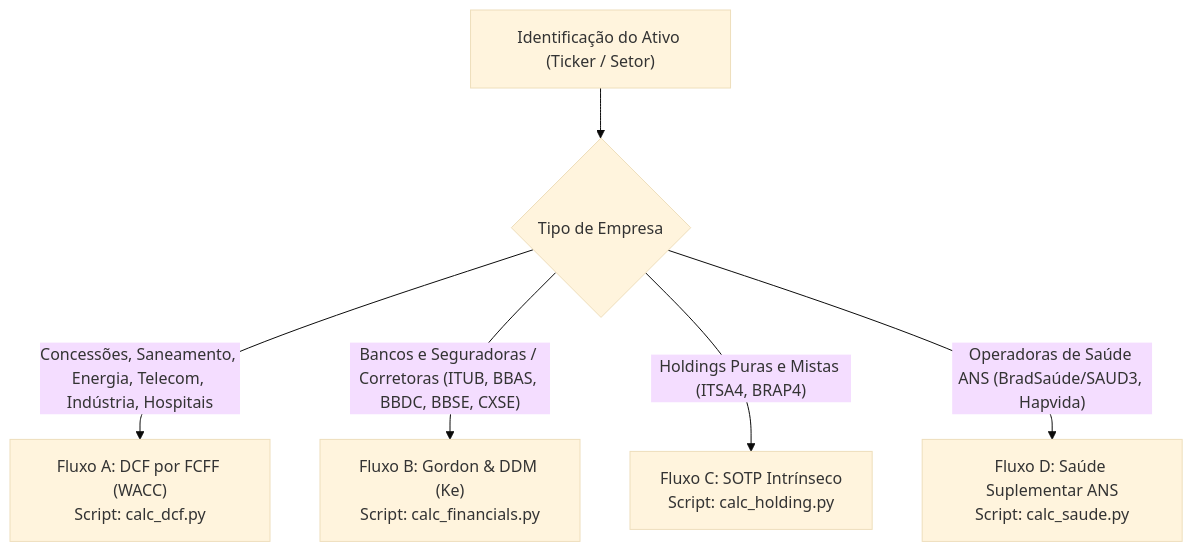
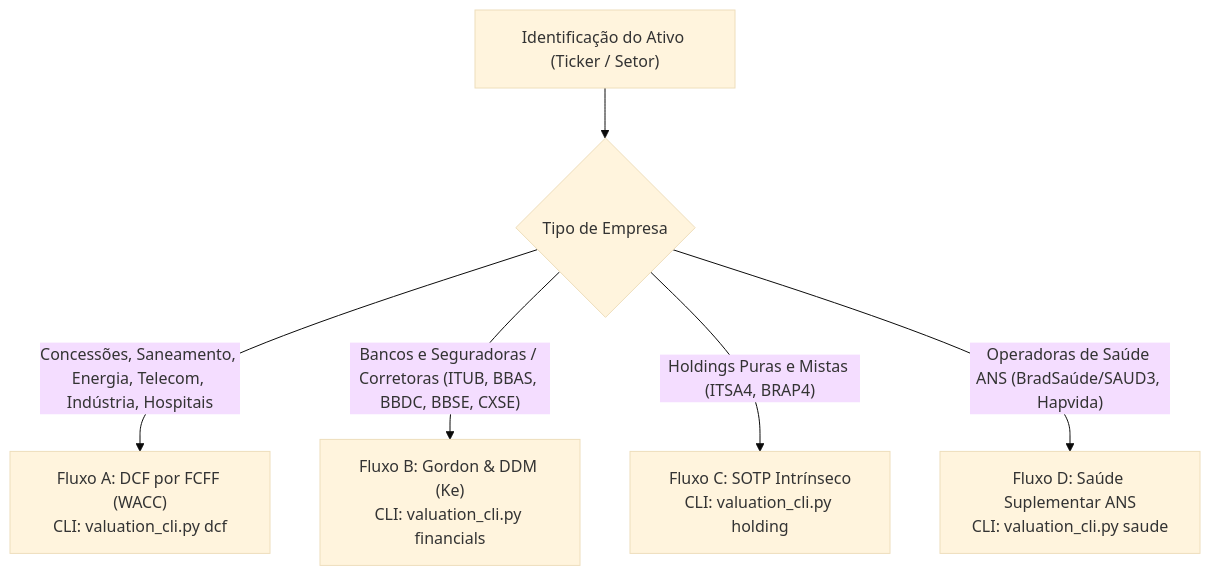
The diagram in .agents/skills/dcf-valuation/SKILL.md (gabrielclcardoso/valuation_app), drawn with Mermaid (base theme) before and after one commit. The commit also changed other lines of this file and 6 other files, not shown here.

Commit message:
refactor: remover scripts legados e unificar chamadas exclusivamente no valuation_cli.py

````diff
--- a/.agents/skills/dcf-valuation/SKILL.md
+++ b/.agents/skills/dcf-valuation/SKILL.md
@@ -16,9 +16,9 @@
 ```mermaid
 flowchart TD
     Inicio["Identificação do Ativo (Ticker / Setor)"] --> Roteador{"Tipo de Empresa"}
     
-    Roteador -->|"Concessões, Saneamento, Energia, Telecom, Indústria, Hospitais"| FluxoA["Fluxo A: DCF por FCFF (WACC)<br/>Script: calc_dcf.py"]
-    Roteador -->|"Bancos e Seguradoras / Corretoras (ITUB, BBAS, BBDC, BBSE, CXSE)"| FluxoB["Fluxo B: Gordon & DDM (Ke)<br/>Script: calc_financials.py"]
-    Roteador -->|"Holdings Puras e Mistas (ITSA4, BRAP4)"| FluxoC["Fluxo C: SOTP Intrínseco<br/>Script: calc_holding.py"]
-    Roteador -->|"Operadoras de Saúde ANS (BradSaúde/SAUD3, Hapvida)"| FluxoD["Fluxo D: Saúde Suplementar ANS<br/>Script: calc_saude.py"]
+    Roteador -->|"Concessões, Saneamento, Energia, Telecom, Indústria, Hospitais"| FluxoA["Fluxo A: DCF por FCFF (WACC)<br/>CLI: valuation_cli.py dcf"]
+    Roteador -->|"Bancos e Seguradoras / Corretoras (ITUB, BBAS, BBDC, BBSE, CXSE)"| FluxoB["Fluxo B: Gordon & DDM (Ke)<br/>CLI: valuation_cli.py financials"]
+    Roteador -->|"Holdings Puras e Mistas (ITSA4, BRAP4)"| FluxoC["Fluxo C: SOTP Intrínseco<br/>CLI: valuation_cli.py holding"]
+    Roteador -->|"Operadoras de Saúde ANS (BradSaúde/SAUD3, Hapvida)"| FluxoD["Fluxo D: Saúde Suplementar ANS<br/>CLI: valuation_cli.py saude"]
 ```
````
